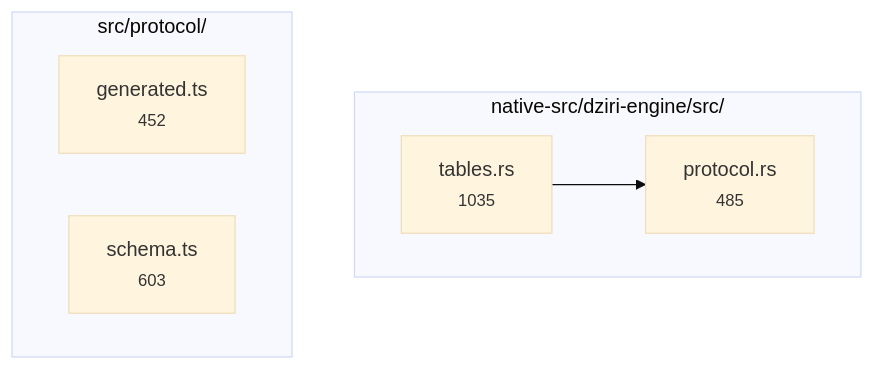
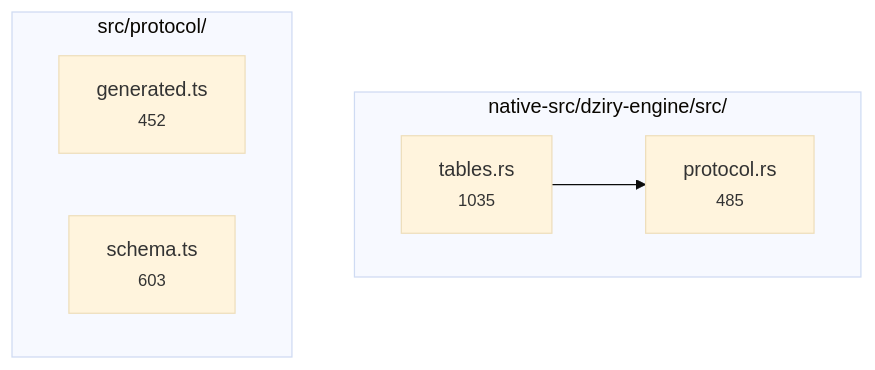
Before and after one commit to dziry-dev/dziry: the sixth of 9 diagrams in diagrams/05-modules.md, drawn with Mermaid (base theme). The commit also changed other lines of this file and 335 other files, not shown here.

````diff
--- a/diagrams/05-modules.md
+++ b/diagrams/05-modules.md
@@ -281,13 +281,13 @@
 ```mermaid
 flowchart TD
-  subgraph native_src_dziri_engine_src["native-src/dziri-engine/src/"]
-    native_src_dziri_engine_src_protocol_rs["protocol.rs<br/><small>485</small>"]
-    native_src_dziri_engine_src_tables_rs["tables.rs<br/><small>1035</small>"]
+  subgraph native_src_dziry_engine_src["native-src/dziry-engine/src/"]
+    native_src_dziry_engine_src_protocol_rs["protocol.rs<br/><small>485</small>"]
+    native_src_dziry_engine_src_tables_rs["tables.rs<br/><small>1035</small>"]
   end
   subgraph src_protocol["src/protocol/"]
     src_protocol_generated_ts["generated.ts<br/><small>452</small>"]
     src_protocol_schema_ts["schema.ts<br/><small>603</small>"]
   end
 
-  native_src_dziri_engine_src_tables_rs --> native_src_dziri_engine_src_protocol_rs
+  native_src_dziry_engine_src_tables_rs --> native_src_dziry_engine_src_protocol_rs
 ```
````
